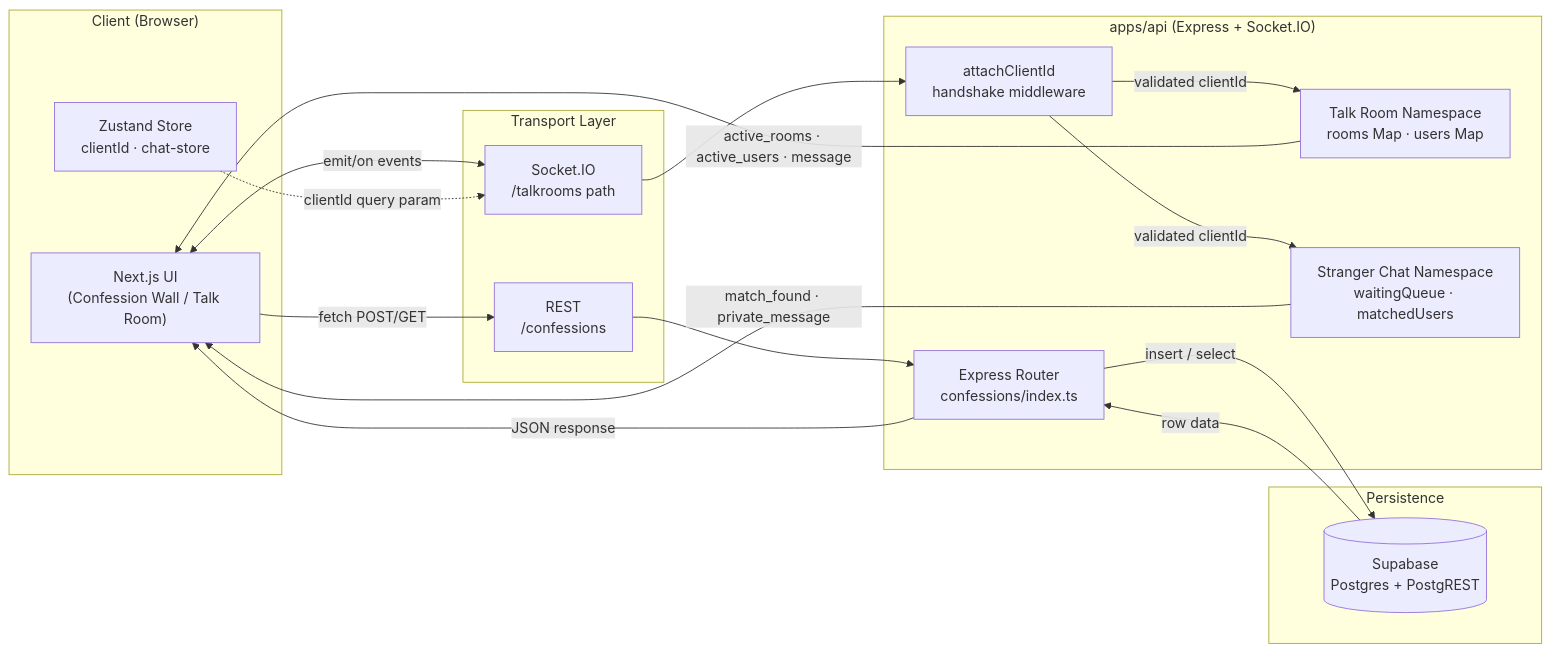
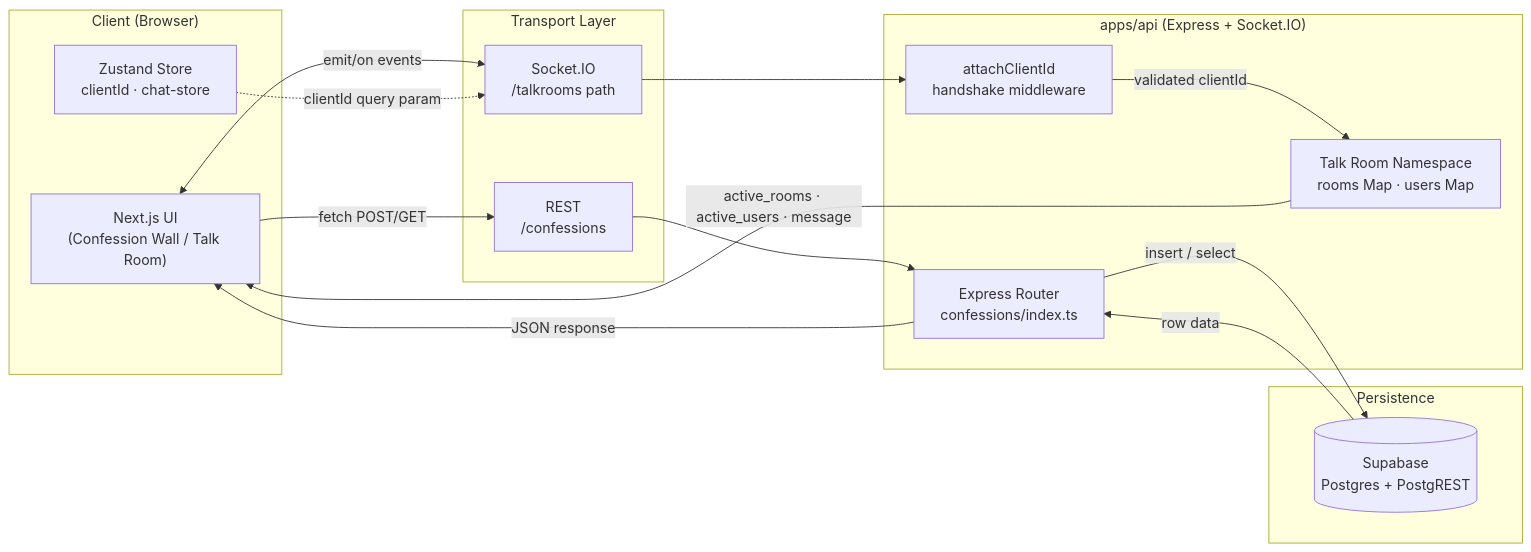
The diagram in README.md (ankitku3101/confessly), drawn with Mermaid before and after one commit. The commit also changed other lines of this file, not shown here.

````diff
--- a/README.md
+++ b/README.md
@@ -50,38 +61,35 @@
 ```mermaid
 flowchart LR
     subgraph Client["Client (Browser)"]
         UI["Next.js UI\n(Confession Wall / Talk Room)"]
         Zustand["Zustand Store\nclientId · chat-store"]
     end
 
     subgraph Transport["Transport Layer"]
         REST["REST\n/confessions"]
         WS["Socket.IO\n/talkrooms path"]
     end
 
     subgraph API["apps/api (Express + Socket.IO)"]
         Router["Express Router\nconfessions/index.ts"]
         MW["attachClientId\nhandshake middleware"]
         TalkNS["Talk Room Namespace\nrooms Map · users Map"]
-        StrangerNS["Stranger Chat Namespace\nwaitingQueue · matchedUsers"]
     end
 
     subgraph Data["Persistence"]
         Supabase[("Supabase\nPostgres + PostgREST")]
     end
 
     UI -->|"fetch POST/GET"| REST
     UI <-->|"emit/on events"| WS
     Zustand -.->|"clientId query param"| WS
 
     REST --> Router
     Router -->|"insert / select"| Supabase
     Supabase -->|"row data"| Router
     Router -->|"JSON response"| UI
 
     WS --> MW
     MW -->|"validated clientId"| TalkNS
-    MW -->|"validated clientId"| StrangerNS
     TalkNS -->|"active_rooms · active_users · message"| UI
-    StrangerNS -->|"match_found · private_message"| UI
 ```
````
